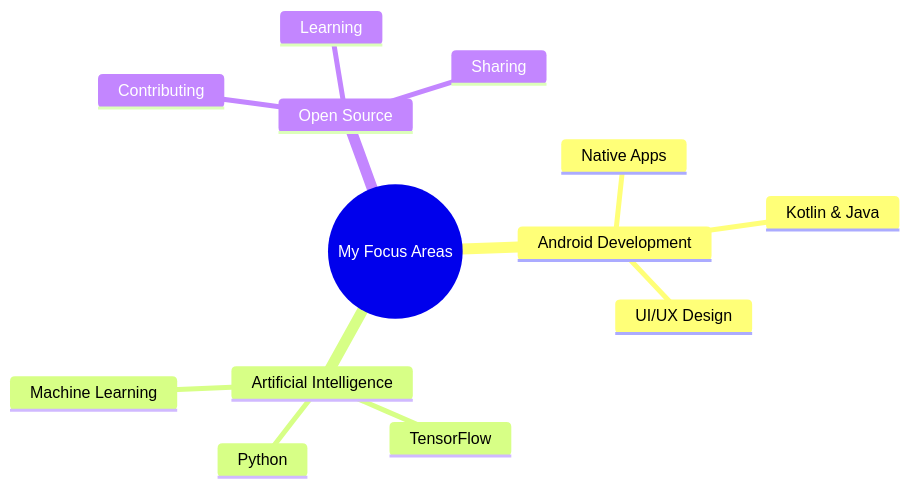
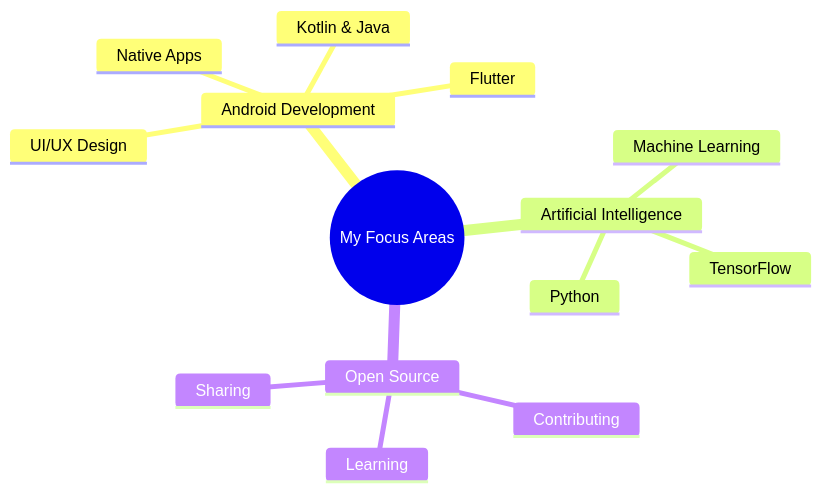
The first of 3 diagrams in Readme.md (abhishek-maurya576/abhishek-maurya576), drawn with Mermaid before and after one commit. The commit also changed other lines of this file, not shown here.

````diff
--- a/Readme.md
+++ b/Readme.md
@@ -198,16 +194,17 @@
 ```mermaid
 mindmap
   root((My Focus Areas))
     Android Development
       Native Apps
+      Flutter
       Kotlin & Java
       UI/UX Design
     Artificial Intelligence
       Machine Learning
       TensorFlow
       Python
     Open Source
       Contributing
       Learning
       Sharing
 ```
````
